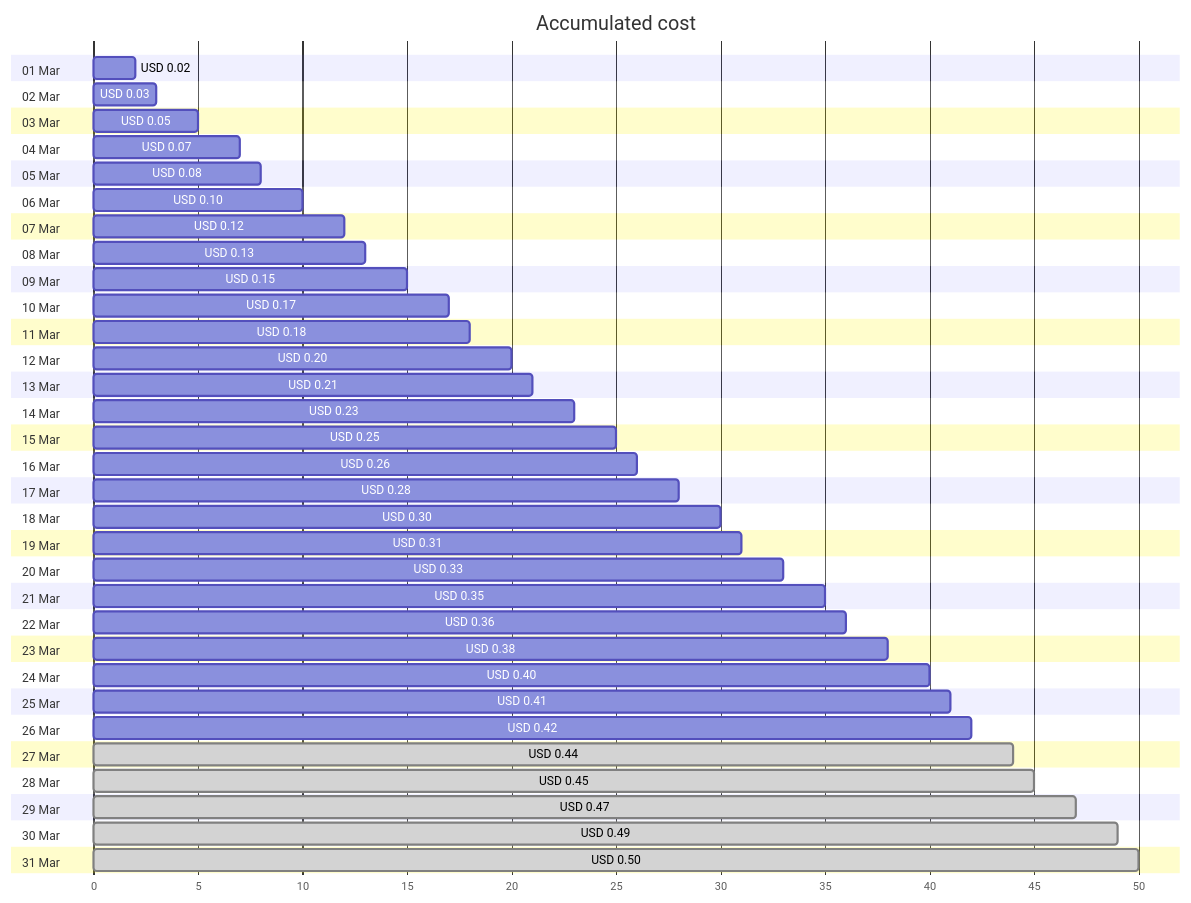
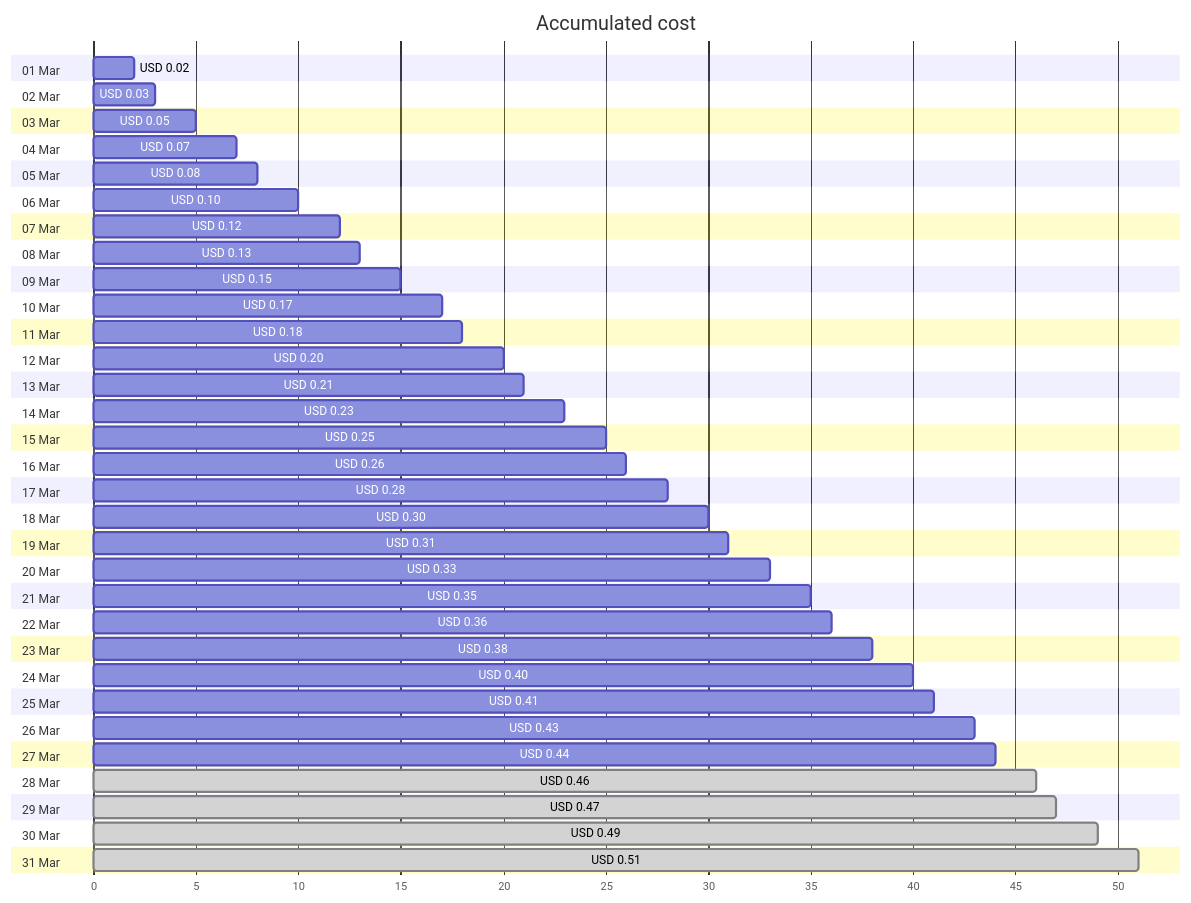
One commit to jpfulton/azure-personal-reports changed the first of 4 diagrams in cost-reports/personal-dns/jpatrickfulton.dev.md. Above: the diagram before and after it, drawn with Mermaid. The commit also changed other lines of this file and 2 other files, not shown here.

````diff
--- a/cost-reports/personal-dns/jpatrickfulton.dev.md
+++ b/cost-reports/personal-dns/jpatrickfulton.dev.md
@@ -20,68 +20,68 @@
 ```mermaid
 gantt
    title Accumulated cost
    dateFormat  X
    axisFormat %s
    section 01 Mar
    USD 0.02 :0, 2
    section 02 Mar
    USD 0.03 :0, 3
    section 03 Mar
    USD 0.05 :0, 5
    section 04 Mar
    USD 0.07 :0, 7
    section 05 Mar
    USD 0.08 :0, 8
    section 06 Mar
    USD 0.10 :0, 10
    section 07 Mar
    USD 0.12 :0, 12
    section 08 Mar
    USD 0.13 :0, 13
    section 09 Mar
    USD 0.15 :0, 15
    section 10 Mar
    USD 0.17 :0, 17
    section 11 Mar
    USD 0.18 :0, 18
    section 12 Mar
    USD 0.20 :0, 20
    section 13 Mar
    USD 0.21 :0, 21
    section 14 Mar
    USD 0.23 :0, 23
    section 15 Mar
    USD 0.25 :0, 25
    section 16 Mar
    USD 0.26 :0, 26
    section 17 Mar
    USD 0.28 :0, 28
    section 18 Mar
    USD 0.30 :0, 30
    section 19 Mar
    USD 0.31 :0, 31
    section 20 Mar
    USD 0.33 :0, 33
    section 21 Mar
    USD 0.35 :0, 35
    section 22 Mar
    USD 0.36 :0, 36
    section 23 Mar
    USD 0.38 :0, 38
    section 24 Mar
    USD 0.40 :0, 40
    section 25 Mar
    USD 0.41 :0, 41
    section 26 Mar
-   USD 0.42 :0, 42
+   USD 0.43 :0, 43
    section 27 Mar
-   USD 0.44 : done, 0, 44
+   USD 0.44 :0, 44
    section 28 Mar
-   USD 0.45 : done, 0, 45
+   USD 0.46 : done, 0, 46
    section 29 Mar
    USD 0.47 : done, 0, 47
    section 30 Mar
    USD 0.49 : done, 0, 49
    section 31 Mar
-   USD 0.50 : done, 0, 50
+   USD 0.51 : done, 0, 51
 ```
````
